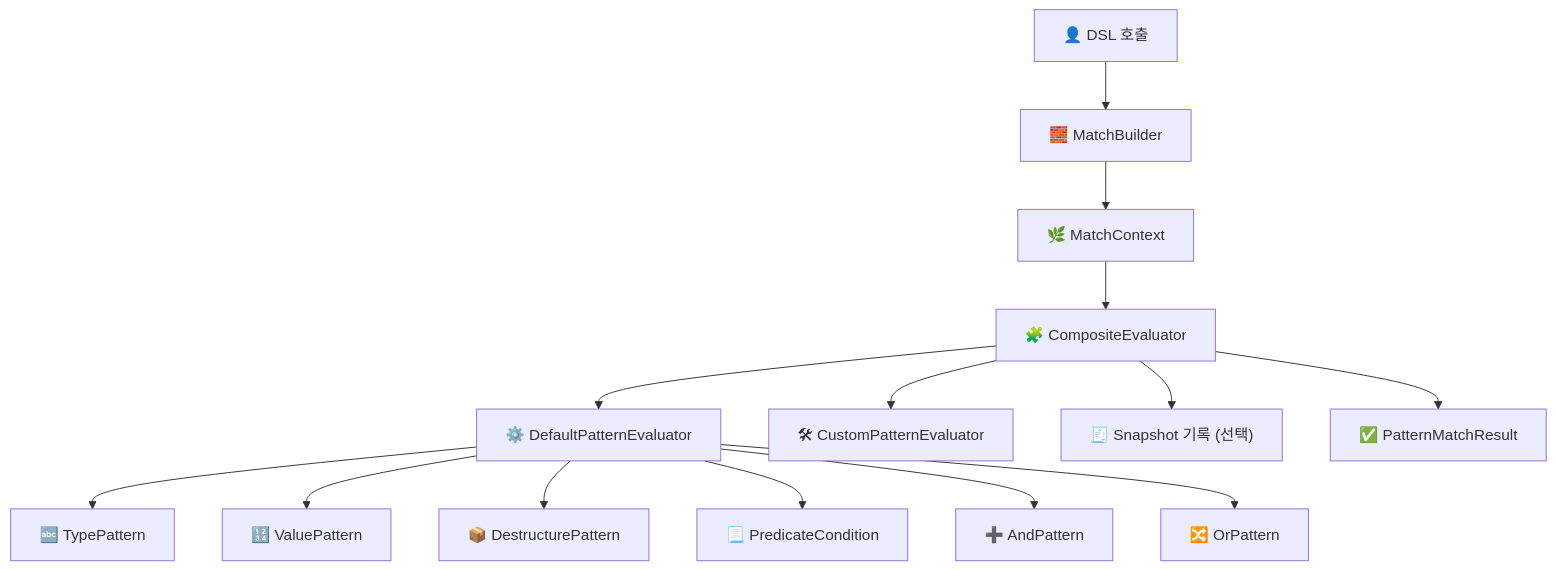
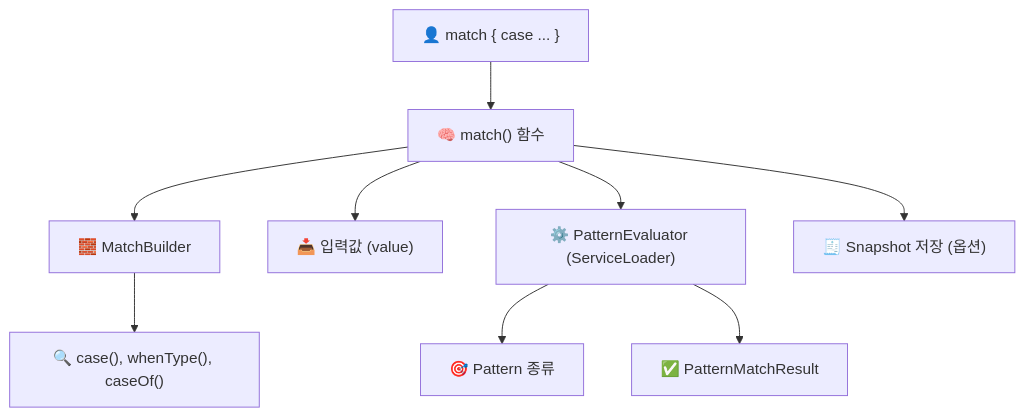
The diagram in README.md (Acacian/kt-pattern), drawn with Mermaid before and after one commit. The commit also changed other lines of this file and 20 other files, not shown here.

````diff
--- a/README.md
+++ b/README.md
@@ -196,29 +192,20 @@
 ```mermaid
 graph TD
-    User["👤 DSL 호출"]
+    User["👤 match { case ... }"]
+    MATCH["🧠 match() 함수"]
     MB["🧱 MatchBuilder"]
-    CTX["🌿 MatchContext"]
-    CE["🧩 CompositeEvaluator"]
-    EVAL1["⚙️ DefaultPatternEvaluator"]
-    EVAL2["🛠 CustomPatternEvaluator"]
-    TP["🔤 TypePattern"]
-    VP["🔢 ValuePattern"]
-    DP["📦 DestructurePattern"]
-    PC["📃 PredicateCondition"]
-    AND["➕ AndPattern"]
-    OR["🔀 OrPattern"]
-    SNAP["🧾 Snapshot 기록 (선택)"]
-    MR["✅ PatternMatchResult"]
+    CASE["🔍 case(), whenType(), caseOf()"]
+    VALUE["📥 입력값 (value)"]
+    EVAL["⚙️ PatternEvaluator (ServiceLoader)"]
+    PATTERN["🎯 Pattern 종류"]
+    RESULT["✅ PatternMatchResult"]
+    SNAP["🧾 Snapshot 저장 (옵션)"]
 
-    User --> MB --> CTX --> CE
-    CE --> EVAL1
-    CE --> EVAL2
-    EVAL1 --> TP
-    EVAL1 --> VP
-    EVAL1 --> DP
-    EVAL1 --> PC
-    EVAL1 --> AND
-    EVAL1 --> OR
-    CE --> SNAP
-    CE --> MR
+    User --> MATCH --> MB
+    MB --> CASE
+    MATCH --> VALUE
+    MATCH --> EVAL
+    EVAL --> PATTERN
+    EVAL --> RESULT
+    MATCH --> SNAP
 ```
````
